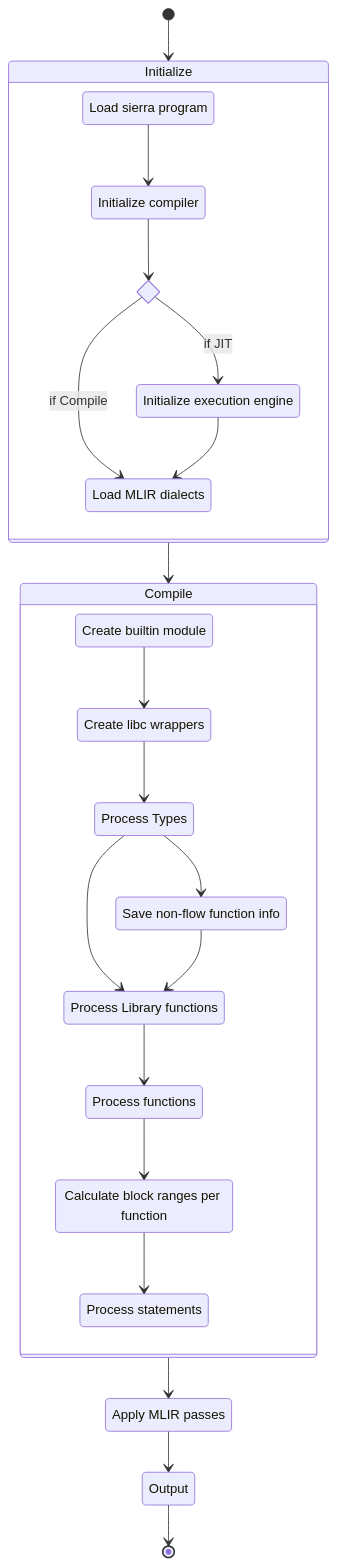
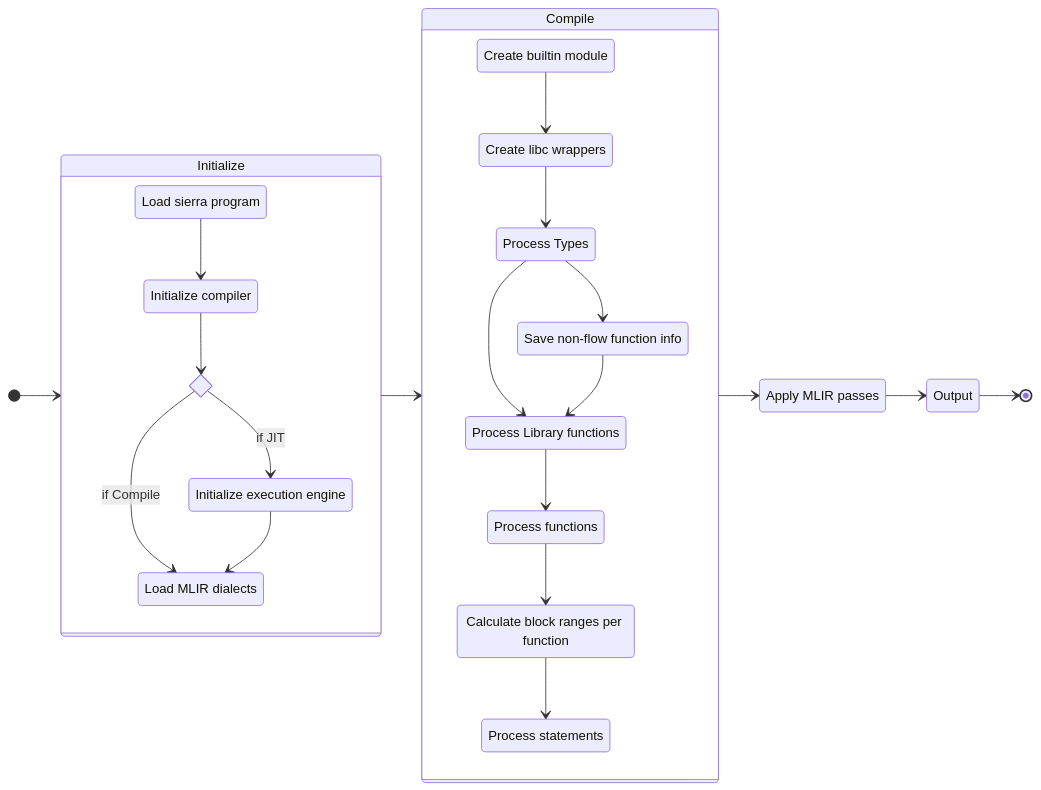
The diagram in docs/src/mlir_post.md (lambdaclass/cairo_native), drawn with Mermaid before and after one commit.

````diff
--- a/docs/src/mlir_post.md
+++ b/docs/src/mlir_post.md
@@ -272,39 +272,40 @@
 ```mermaid
 stateDiagram-v2
+    direction LR
     state "Load sierra program" as sierra
     state "Initialize compiler" as init
     state "Initialize execution engine" as engine
     state if_skip_jit <<choice>>
     state "Load MLIR dialects" as dialects
     state "Create builtin module" as module
     state "Create libc wrappers" as libc
     state "Process Types" as types
     state "Process Library functions" as libfuncs
     state "Save non-flow function info" as func_info
     state "Process functions" as funcs
     state "Calculate block ranges per function" as blocks
     state "Process statements" as statements
     state "Apply MLIR passes" as passes
     [*] --> Initialize
     state Initialize {
         sierra --> init
         init --> if_skip_jit
         if_skip_jit --> engine: if JIT
         if_skip_jit --> dialects: if Compile
         engine --> dialects
     }
     Initialize --> Compile
     state Compile {
         module --> libc
         libc --> types
         types --> libfuncs
         types --> func_info
         func_info --> libfuncs
         libfuncs --> funcs
         funcs --> blocks
         blocks --> statements
     }
     Compile --> passes
     passes --> Output
     Output --> [*]
 ```
````
